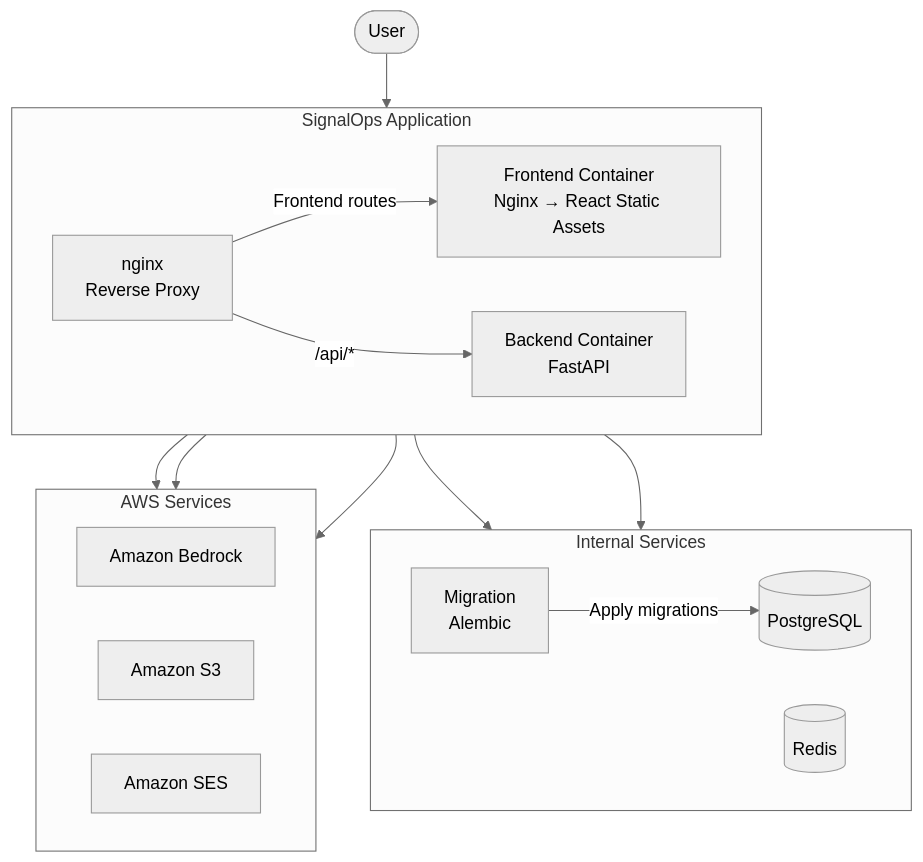
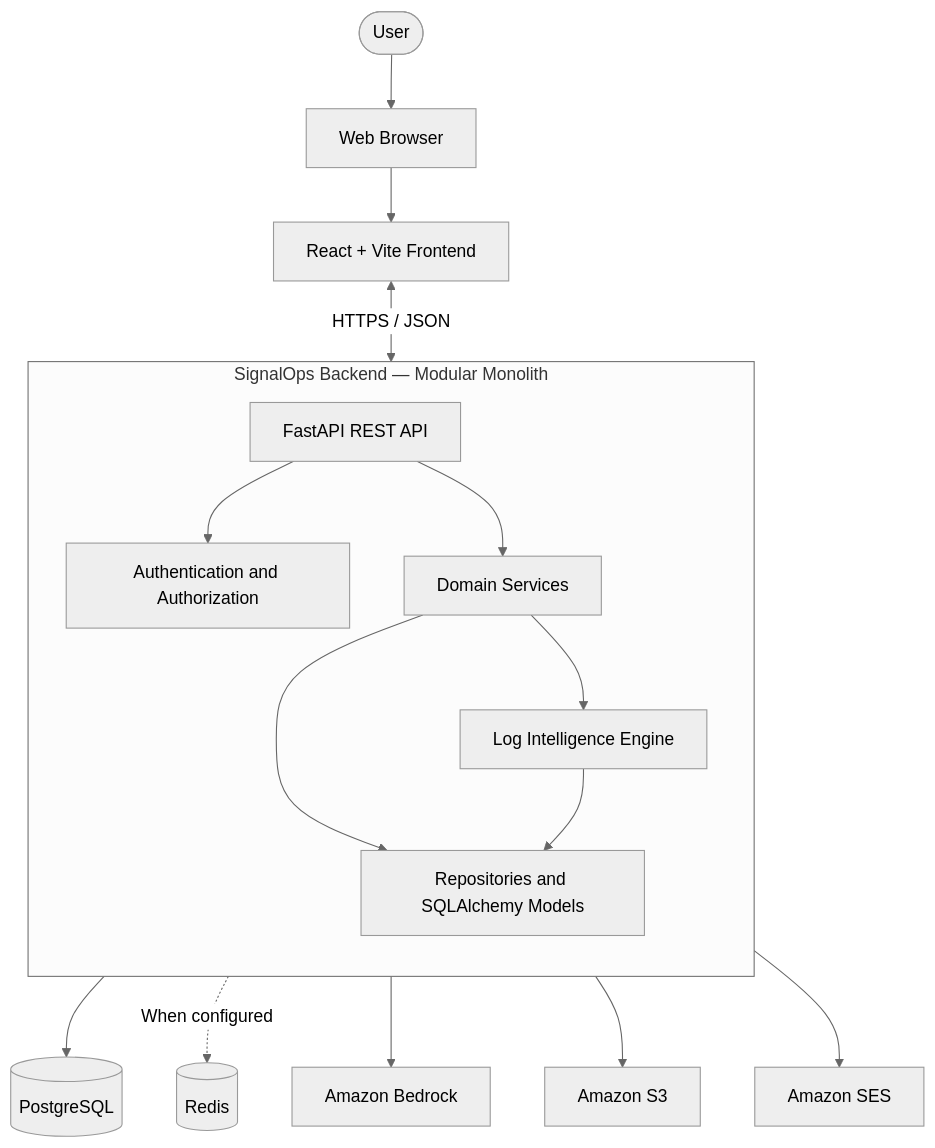
The first of 4 diagrams in docs/architecture.md (siddharthk8/SignalOps), drawn with Mermaid (neutral theme) before and after one commit. The commit also changed other lines of this file and 3 other files, not shown here.

Commit message:
refactor: update README and architecture documentation for clarity and consistency

````diff
--- a/docs/architecture.md
+++ b/docs/architecture.md
@@ -131,43 +13,32 @@
 ```mermaid
 flowchart TB
+    User(["User"])
+    Browser["Web Browser"]
+    Frontend["React + Vite Frontend"]
+    API["FastAPI REST API"]
 
-    User([User])
-    Nginx["nginx<br/>Reverse Proxy"]
+    User --> Browser
+    Browser --> Frontend
+    Frontend <-->|"HTTPS / JSON"| API
 
-    User --> Nginx
+    subgraph Backend["SignalOps Backend — Modular Monolith"]
+        direction TB
+        Auth["Authentication and Authorization"]
+        Domains["Domain Services"]
+        Engine["Log Intelligence Engine"]
+        DataAccess["Repositories and SQLAlchemy Models"]
 
-    subgraph App["SignalOps Application"]
-        direction LR
-
-        Frontend["Frontend Container<br/>Nginx → React Static Assets"]
-        Backend["Backend Container<br/>FastAPI"]
-
-        Nginx -->|"Frontend routes"| Frontend
-        Nginx -->|"/api/*"| Backend
+        API --> Auth
+        API --> Domains
+        Domains --> Engine
+        Domains --> DataAccess
+        Engine --> DataAccess
     end
 
-    subgraph Data["Internal Services"]
-        direction LR
+    DataAccess --> DB[("PostgreSQL")]
+    API -.->|"When configured"| Redis[("Redis")]
 
-        PostgreSQL[(PostgreSQL)]
-        Redis[(Redis)]
-        Migration["Migration<br/>Alembic"]
-
-        Migration -->|"Apply migrations"| PostgreSQL
-    end
-
-    subgraph AWS["AWS Services"]
-        direction LR
-
-        Bedrock["Amazon Bedrock"]
-        S3["Amazon S3"]
-        SES["Amazon SES"]
-    end
-
-    Backend --> PostgreSQL
-    Backend --> Redis
-
-    Backend --> Bedrock
-    Backend --> S3
-    Backend --> SES
+    Engine --> Bedrock["Amazon Bedrock"]
+    Domains --> S3["Amazon S3"]
+    Domains --> SES["Amazon SES"]
 ```
````
